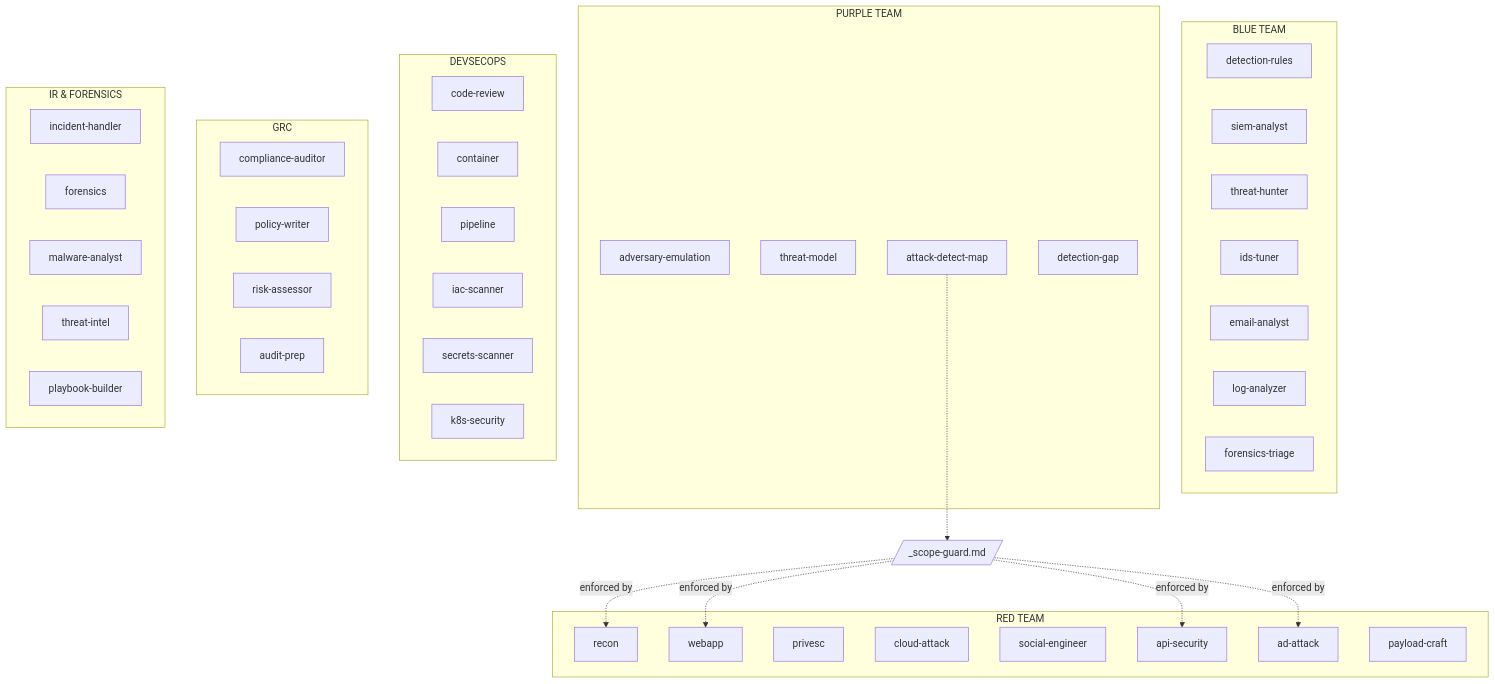
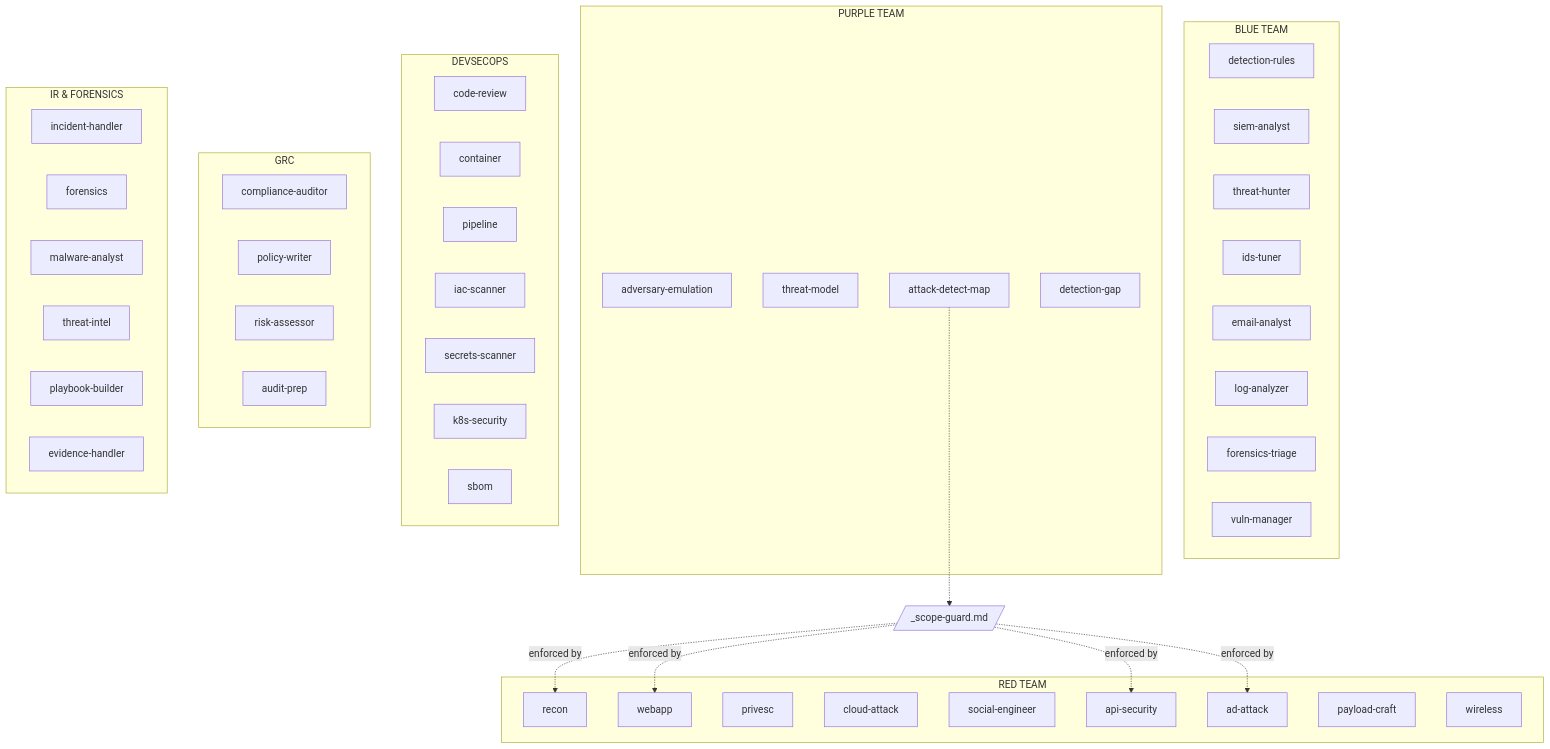
Before and after one commit to AbrahamOP/claude-security-agents: the diagram in README.md, drawn with Mermaid. The commit also changed other lines of this file and 5 other files, not shown here.

Commit message:
feat: 4 new agents (38 total) — vuln-manager, SBOM, wireless, evidence-handler

````diff
--- a/README.md
+++ b/README.md
@@ -67,58 +67,62 @@
 ```mermaid
 graph TB
     subgraph "BLUE TEAM"
         B1[detection-rules]
         B2[siem-analyst]
         B3[threat-hunter]
         B4[ids-tuner]
         B5[email-analyst]
         B6[log-analyzer]
         B7[forensics-triage]
+        B8[vuln-manager]
     end
 
     subgraph "RED TEAM"
         R1[recon]
         R2[webapp]
         R3[privesc]
         R4[cloud-attack]
         R5[social-engineer]
         R6[api-security]
         R7[ad-attack]
         R8[payload-craft]
+        R9[wireless]
     end
 
     subgraph "PURPLE TEAM"
         P1[adversary-emulation]
         P2[threat-model]
         P3[attack-detect-map]
         P4[detection-gap]
     end
 
     subgraph "DEVSECOPS"
         D1[code-review]
         D2[container]
         D3[pipeline]
         D4[iac-scanner]
         D5[secrets-scanner]
         D6[k8s-security]
+        D7[sbom]
     end
 
     subgraph "GRC"
         G1[compliance-auditor]
         G2[policy-writer]
         G3[risk-assessor]
         G4[audit-prep]
     end
 
     subgraph "IR & FORENSICS"
         I1[incident-handler]
         I2[forensics]
         I3[malware-analyst]
         I4[threat-intel]
         I5[playbook-builder]
+        I6[evidence-handler]
     end
 
     SG[/_scope-guard.md/]
     SG -.->|enforced by| R1 & R2 & R6 & R7
     P3 -.-> SG
 ```
````
